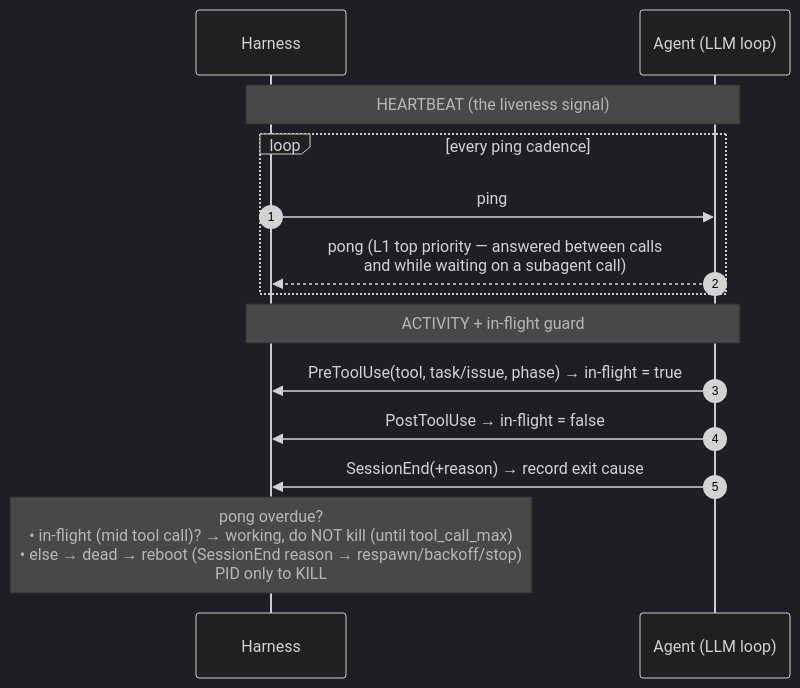
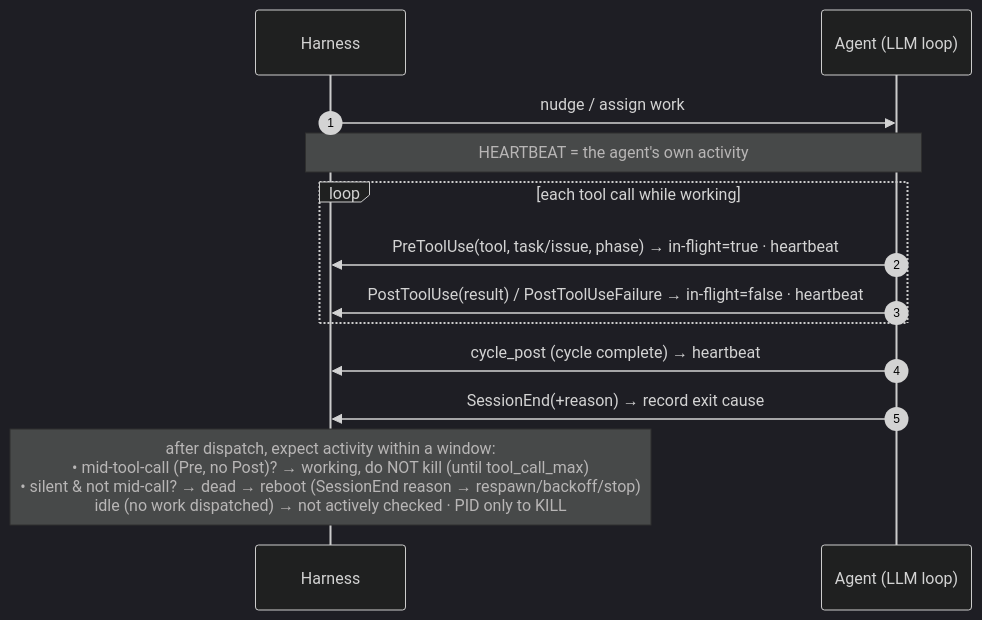
One commit to WallyDoodlez/SquidSquad changed the third of 3 diagrams in docs/HARNESS-ARCH.md. Above: the diagram before and after it, drawn with Mermaid (dark theme). The commit also changed other lines of this file, not shown here.

First line of the commit message:
docs(HARNESS-ARCH v15): finalize §15 activity-heartbeat model + add §16 hook observability catalog

````diff
--- a/docs/HARNESS-ARCH.md
+++ b/docs/HARNESS-ARCH.md
@@ -644,19 +644,17 @@
 ```mermaid
 sequenceDiagram
     autonumber
     participant H as Harness
     participant A as Agent (LLM loop)
 
-    Note over H,A: HEARTBEAT (the liveness signal)
-    loop every ping cadence
-        H->>A: ping
-        A-->>H: pong (L1 top priority — answered between calls<br/>and while waiting on a subagent call)
+    H->>A: nudge / assign work
+    Note over H,A: HEARTBEAT = the agent's own activity
+    loop each tool call while working
+        A->>H: PreToolUse(tool, task/issue, phase) → in-flight=true · heartbeat
+        A->>H: PostToolUse(result) / PostToolUseFailure → in-flight=false · heartbeat
     end
-
-    Note over H,A: ACTIVITY + in-flight guard
-    A->>H: PreToolUse(tool, task/issue, phase) → in-flight = true
-    A->>H: PostToolUse → in-flight = false
+    A->>H: cycle_post (cycle complete) → heartbeat
     A->>H: SessionEnd(+reason) → record exit cause
 
-    Note over H: pong overdue?<br/> • in-flight (mid tool call)? → working, do NOT kill (until tool_call_max)<br/> • else → dead → reboot (SessionEnd reason → respawn/backoff/stop)<br/>PID only to KILL
+    Note over H: after dispatch, expect activity within a window:<br/> • mid-tool-call (Pre, no Post)? → working, do NOT kill (until tool_call_max)<br/> • silent & not mid-call? → dead → reboot (SessionEnd reason → respawn/backoff/stop)<br/>idle (no work dispatched) → not actively checked · PID only to KILL
 ```
````
